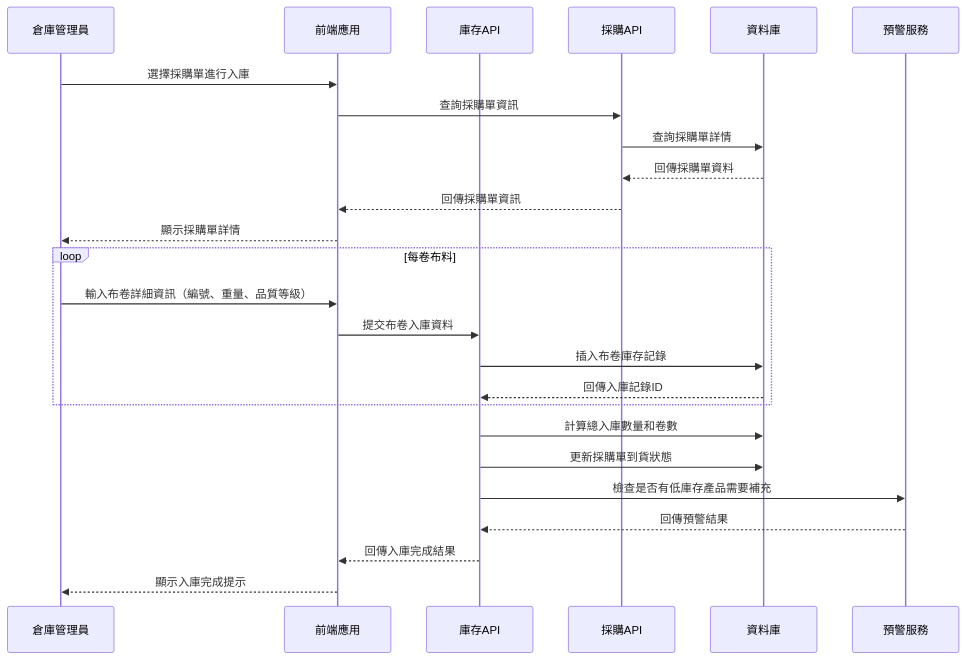
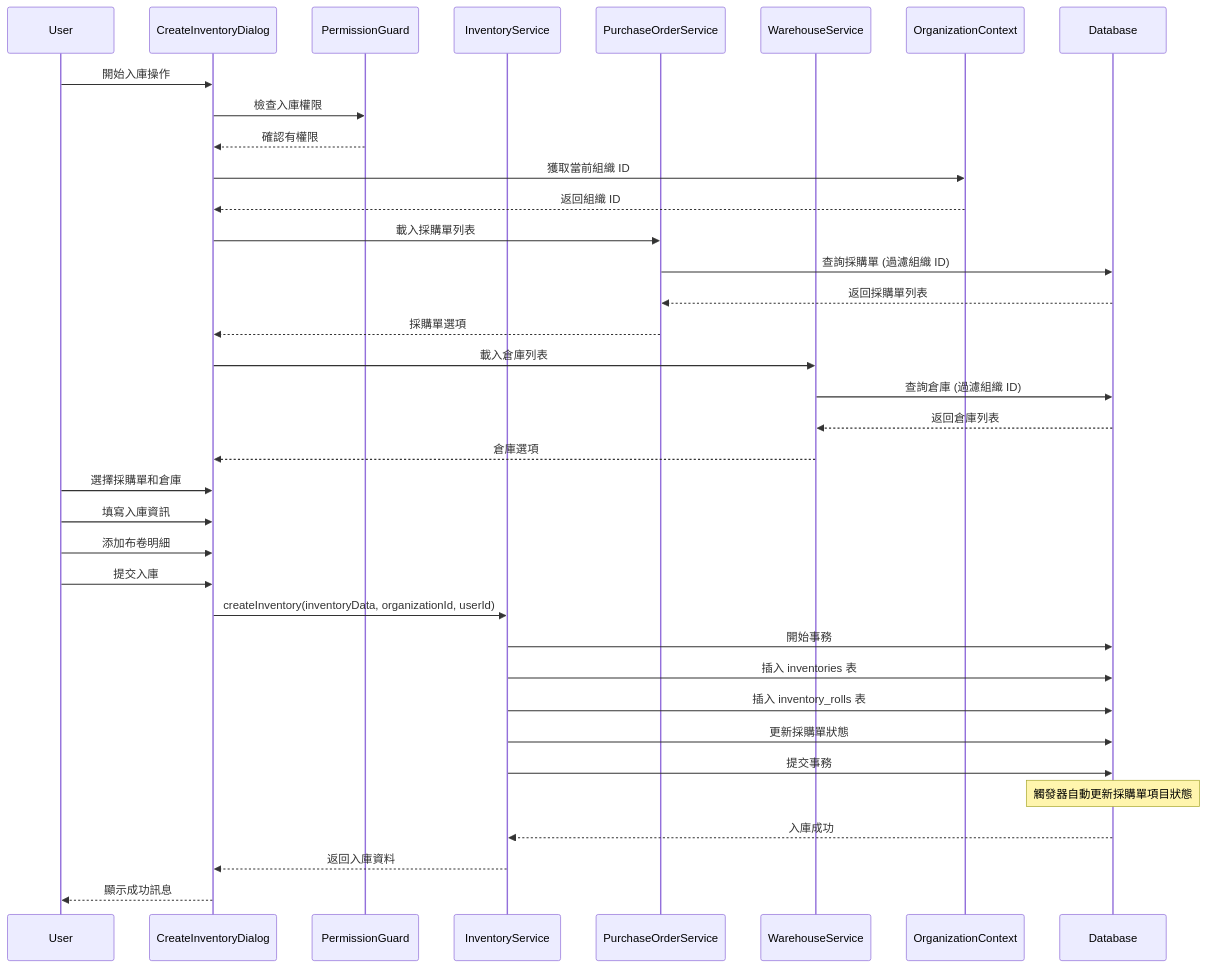
Diagram 11 of 18 in docs/SEQUENCE_DIAGRAMS.md (quinticechen/qerp-system), drawn with Mermaid before and after one commit. The commit also changed other lines of this file and 9 other files, not shown here.

First line of the commit message:
feat: Enhance organization permission management

````diff
--- a/docs/SEQUENCE_DIAGRAMS.md
+++ b/docs/SEQUENCE_DIAGRAMS.md
@@ -278,30 +351,46 @@
 ```mermaid
 sequenceDiagram
-    participant Warehouse as 倉庫管理員
-    participant Frontend as 前端應用
-    participant InventoryAPI as 庫存API
-    participant PurchaseAPI as 採購API
-    participant DB as 資料庫
-    participant AlertService as 預警服務
+    participant U as User
+    participant UI as CreateInventoryDialog
+    participant PG as PermissionGuard
+    participant IS as InventoryService
+    participant POS as PurchaseOrderService
+    participant WS as WarehouseService
+    participant OC as OrganizationContext
+    participant DB as Database
 
-    Warehouse->>Frontend: 選擇採購單進行入庫
-    Frontend->>PurchaseAPI: 查詢採購單資訊
-    PurchaseAPI->>DB: 查詢採購單詳情
-    DB-->>PurchaseAPI: 回傳採購單資料
-    PurchaseAPI-->>Frontend: 回傳採購單資訊
-    Frontend-->>Warehouse: 顯示採購單詳情
+    U->>UI: 開始入庫操作
+    UI->>PG: 檢查入庫權限
+    PG-->>UI: 確認有權限
     
-    loop 每卷布料
-        Warehouse->>Frontend: 輸入布卷詳細資訊（編號、重量、品質等級）
-        Frontend->>InventoryAPI: 提交布卷入庫資料
-        InventoryAPI->>DB: 插入布卷庫存記錄
-        DB-->>InventoryAPI: 回傳入庫記錄ID
-    end
+    UI->>OC: 獲取當前組織 ID
+    OC-->>UI: 返回組織 ID
     
-    InventoryAPI->>DB: 計算總入庫數量和卷數
-    InventoryAPI->>DB: 更新採購單到貨狀態
-    InventoryAPI->>AlertService: 檢查是否有低庫存產品需要補充
-    AlertService-->>InventoryAPI: 回傳預警結果
-    InventoryAPI-->>Frontend: 回傳入庫完成結果
-    Frontend-->>Warehouse: 顯示入庫完成提示
+    UI->>POS: 載入採購單列表
+    POS->>DB: 查詢採購單 (過濾組織 ID)
+    DB-->>POS: 返回採購單列表
+    POS-->>UI: 採購單選項
+    
+    UI->>WS: 載入倉庫列表
+    WS->>DB: 查詢倉庫 (過濾組織 ID)
+    DB-->>WS: 返回倉庫列表
+    WS-->>UI: 倉庫選項
+    
+    U->>UI: 選擇採購單和倉庫
+    U->>UI: 填寫入庫資訊
+    U->>UI: 添加布卷明細
+    U->>UI: 提交入庫
+    
+    UI->>IS: createInventory(inventoryData, organizationId, userId)
+    IS->>DB: 開始事務
+    IS->>DB: 插入 inventories 表
+    IS->>DB: 插入 inventory_rolls 表
+    IS->>DB: 更新採購單狀態
+    IS->>DB: 提交事務
+    
+    Note over DB: 觸發器自動更新採購單項目狀態
+    
+    DB-->>IS: 入庫成功
+    IS-->>UI: 返回入庫資料
+    UI-->>U: 顯示成功訊息
 ```
````
